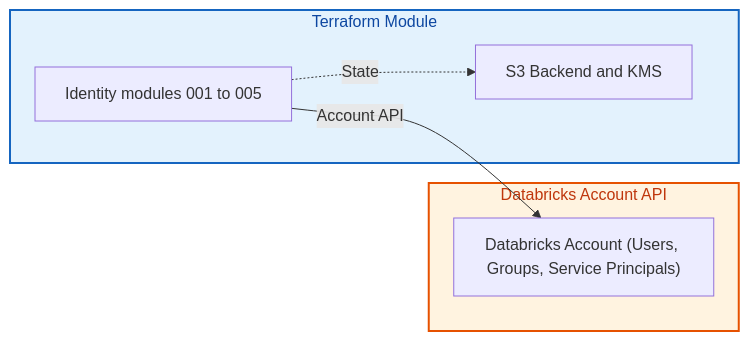
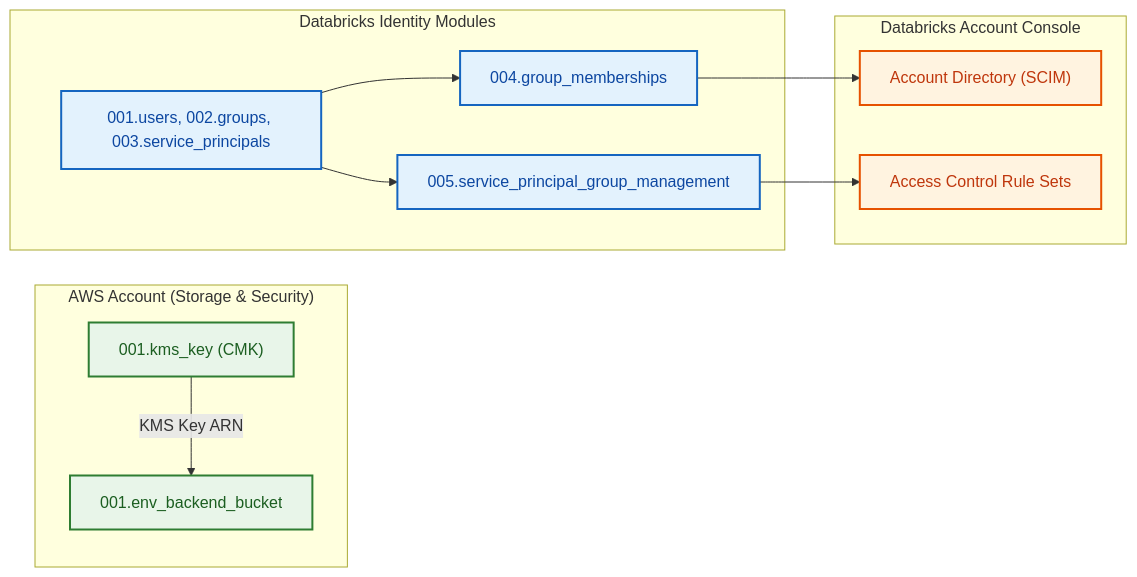
One commit to MikolajSedek/databricks_aws_deployment_02_identity_management changed the second of 3 diagrams in environments/dev/README.md. Above: the diagram before and after it, drawn with Mermaid. The commit also changed other lines of this file and 9 other files, not shown here.

````diff
--- a/environments/dev/README.md
+++ b/environments/dev/README.md
@@ -82,19 +109,28 @@
 ```mermaid
 flowchart LR
-    classDef tf fill:#E3F2FD,stroke:#1565C0,stroke-width:2px,color:#0D47A1;
+    classDef state fill:#E8F5E9,stroke:#2E7D32,stroke-width:2px,color:#1B5E20;
+    classDef idModule fill:#E3F2FD,stroke:#1565C0,stroke-width:2px,color:#0D47A1;
     classDef dbx fill:#FFF3E0,stroke:#E65100,stroke-width:2px,color:#BF360C;
 
-    subgraph Terraform ["Terraform Module"]
-        Backend["S3 Backend and KMS"]
-        Identity["Identity modules 001 to 005"]
+    subgraph AWSAccount ["AWS Account (Storage & Security)"]
+        KMS["001.kms_key (CMK)"]:::state
+        S3Bucket["001.env_backend_bucket"]:::state
     end
-    class Terraform tf;
 
-    subgraph AccountAPI ["Databricks Account API"]
-        Account["Databricks Account (Users, Groups, Service Principals)"]
+    subgraph DatabricksModules ["Databricks Identity Modules"]
+        CoreIds["001.users, 002.groups, 003.service_principals"]:::idModule
+        Memberships["004.group_memberships"]:::idModule
+        SpMgmt["005.service_principal_group_management"]:::idModule
     end
-    class AccountAPI dbx;
 
-    Identity -->|"Account API"| Account
-    Identity -.->|"State"| Backend
+    subgraph DatabricksAccount ["Databricks Account Console"]
+        Directory["Account Directory (SCIM)"]:::dbx
+        RuleSets["Access Control Rule Sets"]:::dbx
+    end
+
+    KMS -->|"KMS Key ARN"| S3Bucket
+    CoreIds --> Memberships
+    CoreIds --> SpMgmt
+    Memberships --> Directory
+    SpMgmt --> RuleSets
 ```
````
